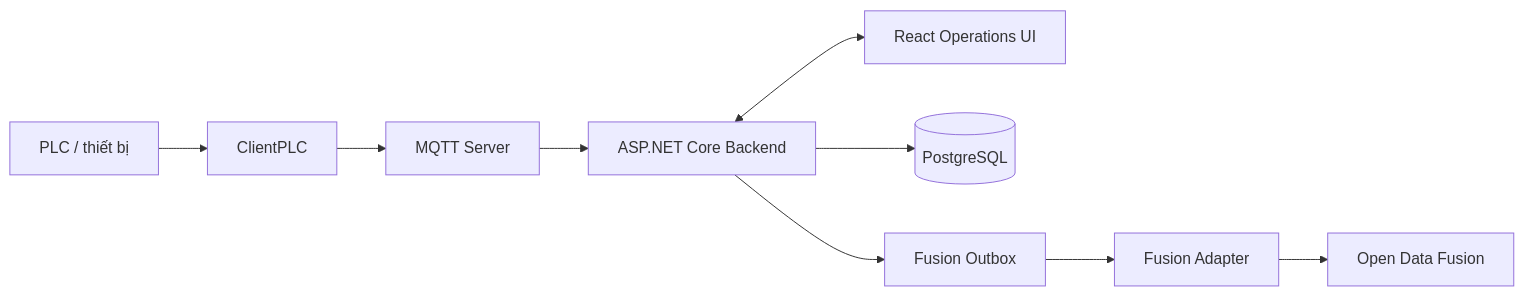
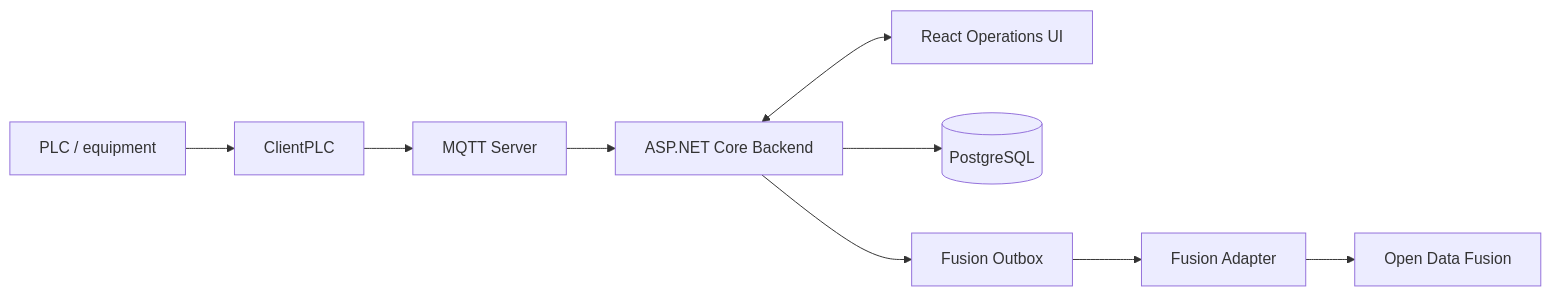
Before and after one commit to HaydernCenterpoint/Foxconn-AI-Solution: the diagram in README.en.md, drawn with Mermaid. The commit also changed other lines of this file and 1 other file, not shown here.

````diff
--- a/README.en.md
+++ b/README.en.md
@@ -20,11 +20,11 @@
 ```mermaid
 flowchart LR
-    PLC[PLC / thiết bị] --> Client[ClientPLC]
+    PLC[PLC / equipment] --> Client[ClientPLC]
     Client --> MQTT[MQTT Server]
     MQTT --> API[ASP.NET Core Backend]
     API <--> UI[React Operations UI]
     API --> DB[(PostgreSQL)]
     API --> Outbox[Fusion Outbox]
     Outbox --> Adapter[Fusion Adapter]
     Adapter --> ODF[Open Data Fusion]
 ```
````
